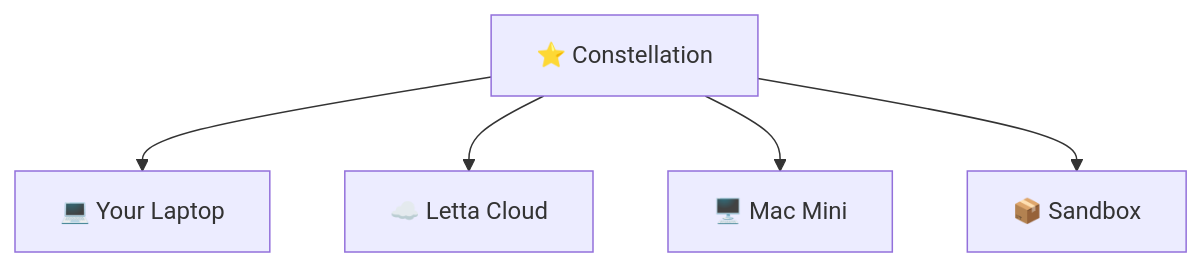
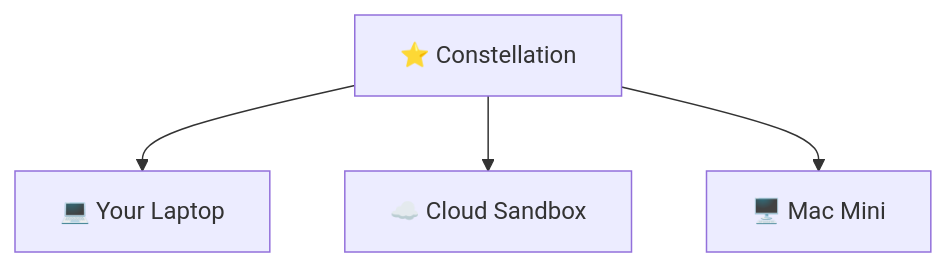
The diagram in README.md (letta-ai/letta-code), drawn with Mermaid before and after one commit.

````diff
--- a/README.md
+++ b/README.md
@@ -105,8 +105,7 @@
 ```mermaid
 graph TD
     Constellation["⭐ Constellation"]
     Constellation --> A["💻 Your Laptop"]
-    Constellation --> B["☁️ Letta Cloud"]
+    Constellation --> B["☁️ Cloud Sandbox"]
     Constellation --> C["🖥️ Mac Mini"]
-    Constellation --> D["📦 Sandbox"]
 ```
````
